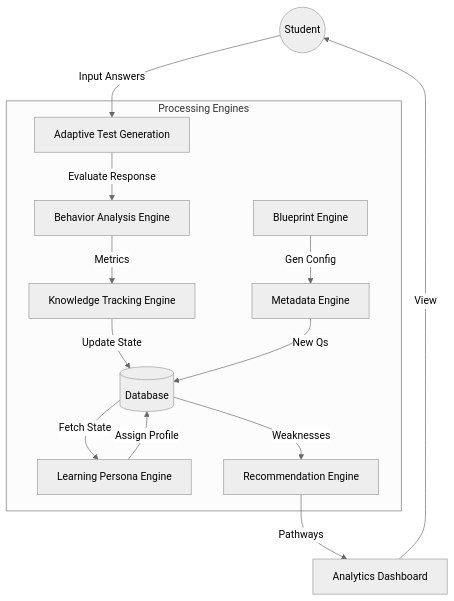
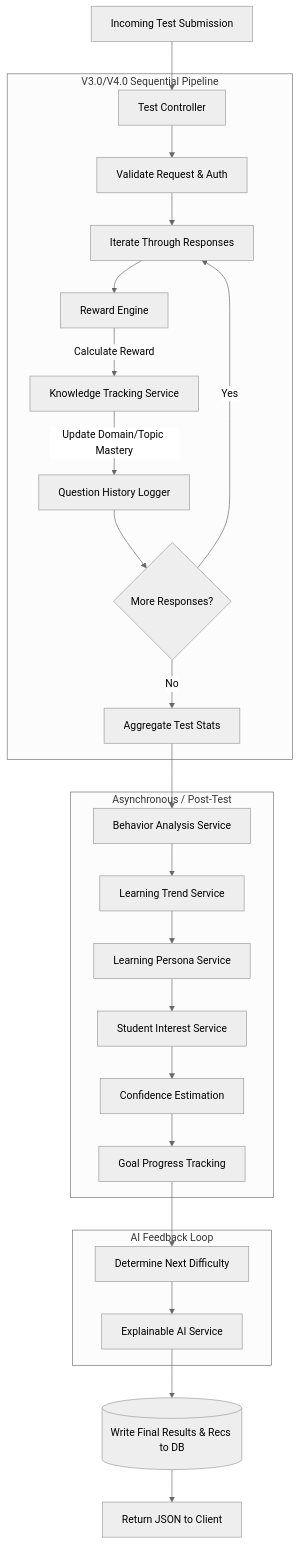
Before and after one commit to virendra093/adaptive-learning-platform: the third of 14 diagrams in docs/chapter_8_system_design.md, drawn with Mermaid (neutral theme). The commit also changed other lines of this file and 4 other files, not shown here.

````diff
--- a/docs/chapter_8_system_design.md
+++ b/docs/chapter_8_system_design.md
@@ -92,21 +134,34 @@
 ```mermaid
 flowchart TD
-    S((Student)) --> |Input Answers| TestEngine[Adaptive Test Generation]
+    %% Detailed Internal Processing
+    Incoming[Incoming Test Submission] --> TestCtrl[Test Controller]
     
-    subgraph Processing Engines
-        TestEngine --> |Evaluate Response| Behavior[Behavior Analysis Engine]
-        Behavior --> |Metrics| DKT[Knowledge Tracking Engine]
-        DKT --> |Update State| DB[(Database)]
+    subgraph Sequential Processing Pipeline [V3.0/V4.0 Sequential Pipeline]
+        TestCtrl --> Validate[Validate Request & Auth]
+        Validate --> Iterate[Iterate Through Responses]
         
-        DB --> |Fetch State| Persona[Learning Persona Engine]
-        Persona --> |Assign Profile| DB
-        
-        DB --> |Weaknesses| Rec[Recommendation Engine]
-        
-        QGF[Blueprint Engine] --> |Gen Config| Meta[Metadata Engine]
-        Meta --> |New Qs| DB
+        Iterate --> RLEngine[Reward Engine]
+        RLEngine --> |Calculate Reward| DKT[Knowledge Tracking Service]
+        DKT --> |Update Domain/Topic Mastery| Hist[Question History Logger]
+        Hist --> NextResp{More Responses?}
+        NextResp -->|Yes| Iterate
+        NextResp -->|No| Agg[Aggregate Test Stats]
     end
     
-    Rec --> |Pathways| Dash[Analytics Dashboard]
-    Dash --> |View| S
+    subgraph Continuous Evaluation [Asynchronous / Post-Test]
+        Agg --> Behavior[Behavior Analysis Service]
+        Behavior --> Trend[Learning Trend Service]
+        Trend --> Persona[Learning Persona Service]
+        Persona --> Interest[Student Interest Service]
+        Interest --> Conf[Confidence Estimation]
+        Conf --> Goal[Goal Progress Tracking]
+    end
+    
+    subgraph AI Feedback Loop
+        Goal --> DiffAdj[Determine Next Difficulty]
+        DiffAdj --> ExplainAI[Explainable AI Service]
+    end
+    
+    ExplainAI --> DBWrite[(Write Final Results & Recs to DB)]
+    DBWrite --> Return[Return JSON to Client]
 ```
````
